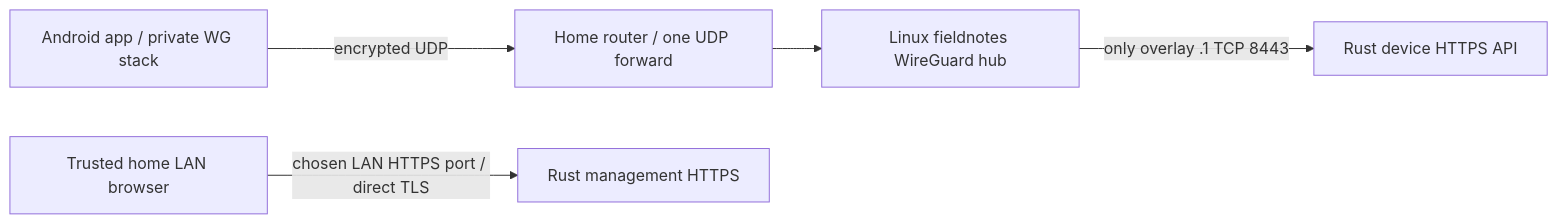
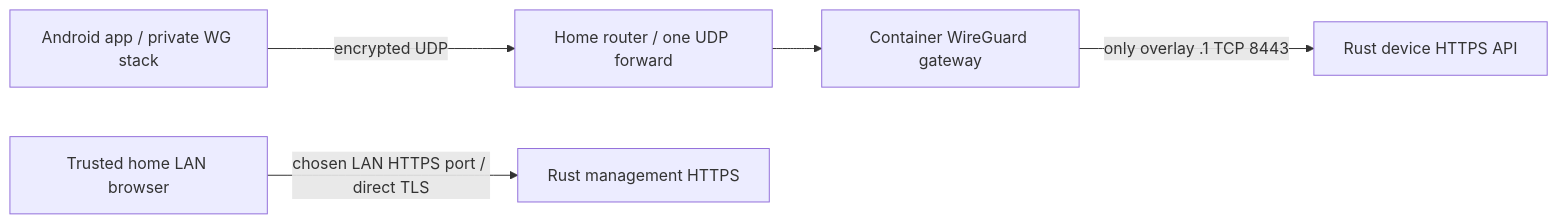
One commit to argentumseven/field-notes changed the diagram in docs/NETWORK.md. Above: the diagram before and after it, drawn with Mermaid. The commit also changed other lines of this file and 31 other files, not shown here.

````diff
--- a/docs/NETWORK.md
+++ b/docs/NETWORK.md
@@ -6,7 +6,7 @@
 ```mermaid
 flowchart LR
   A[Android app / private WG stack] -->|encrypted UDP| R[Home router / one UDP forward]
-  R --> W[Linux fieldnotes WireGuard hub]
+  R --> W[Container WireGuard gateway]
   W -->|only overlay .1 TCP 8443| D[Rust device HTTPS API]
   L[Trusted home LAN browser] -->|chosen LAN HTTPS port / direct TLS| M[Rust management HTTPS]
 ```
````
